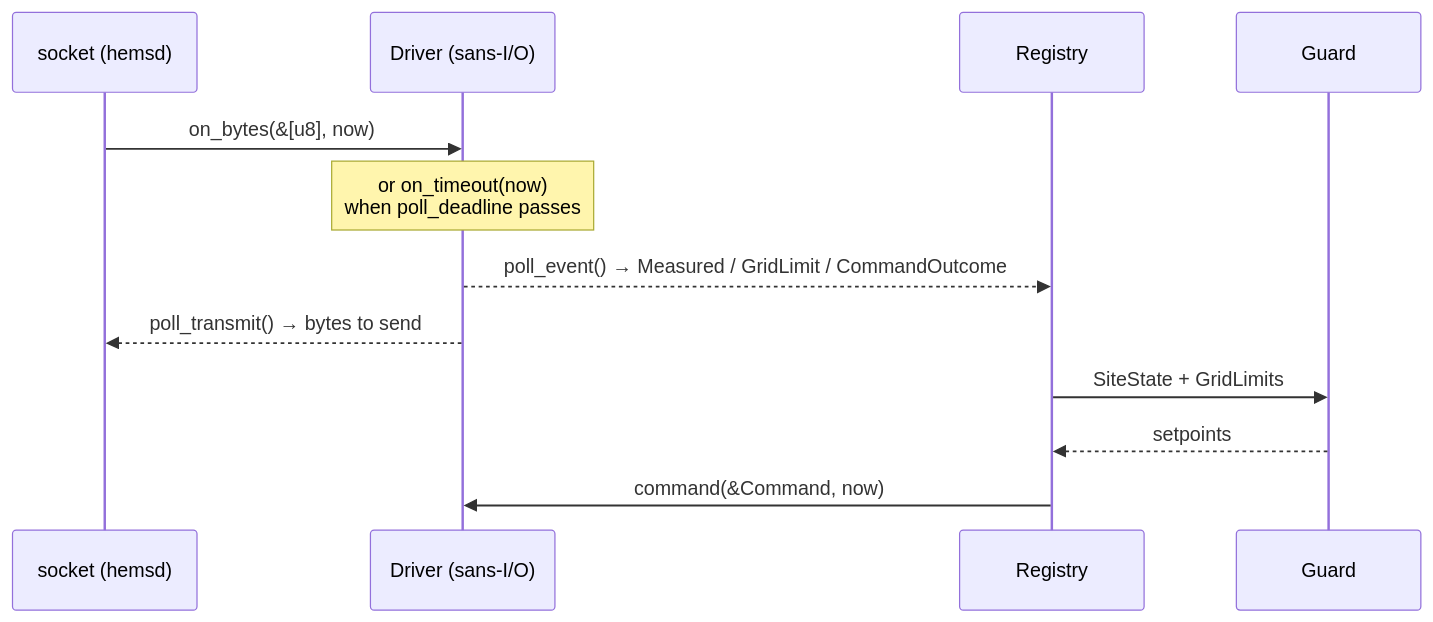
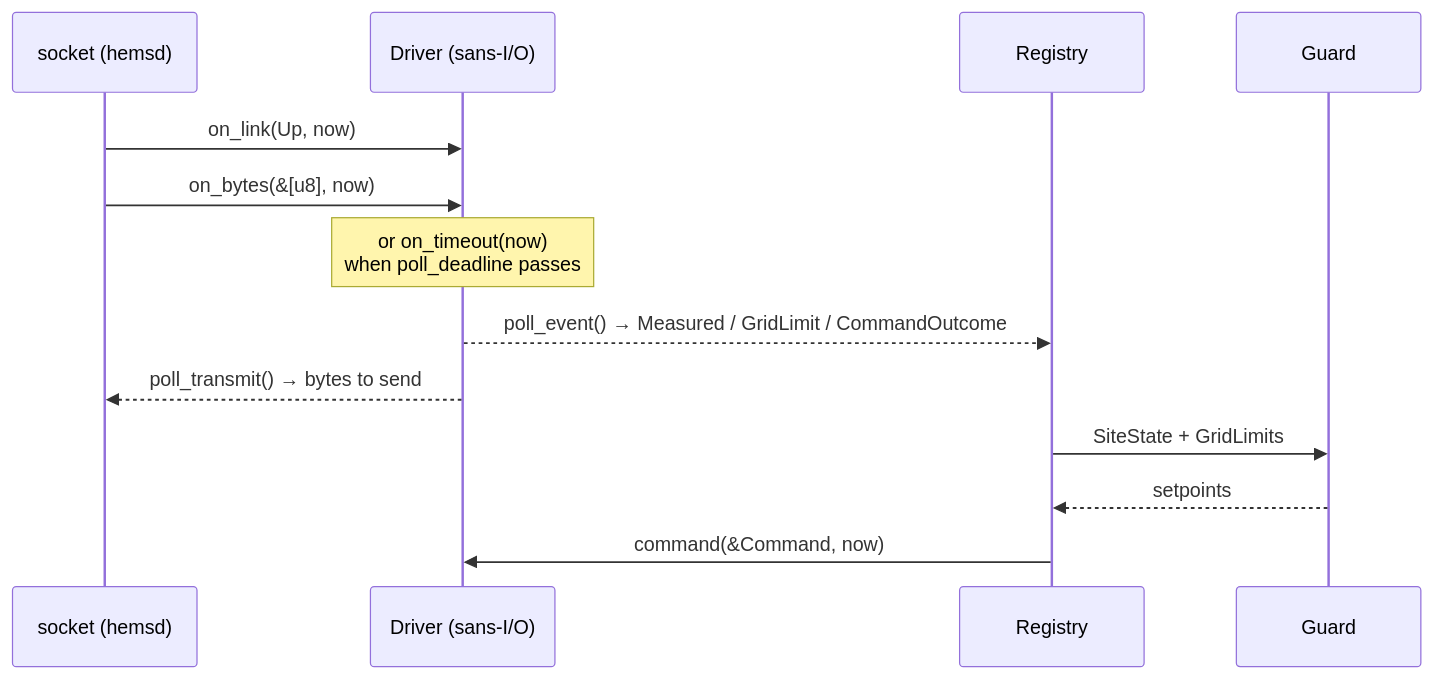
One commit to hupe1980/hems changed the diagram in site/content/docs/devices.md. Above: the diagram before and after it, drawn with Mermaid. The commit also changed other lines of this file and 43 other files, not shown here.

```diff
--- a/site/content/docs/devices.md
+++ b/site/content/docs/devices.md
@@ -110,14 +110,15 @@
 <pre class="mermaid">
 sequenceDiagram
   participant S as socket (hemsd)
   participant D as Driver (sans-I/O)
   participant R as Registry
   participant G as Guard
+  S->>D: on_link(Up, now)
   S->>D: on_bytes(&[u8], now)
   Note over D: or on_timeout(now)<br/>when poll_deadline passes
   D-->>R: poll_event() → Measured / GridLimit / CommandOutcome
   D-->>S: poll_transmit() → bytes to send
   R->>G: SiteState + GridLimits
   G-->>R: setpoints
   R->>D: command(&Command, now)
 </pre>
```
